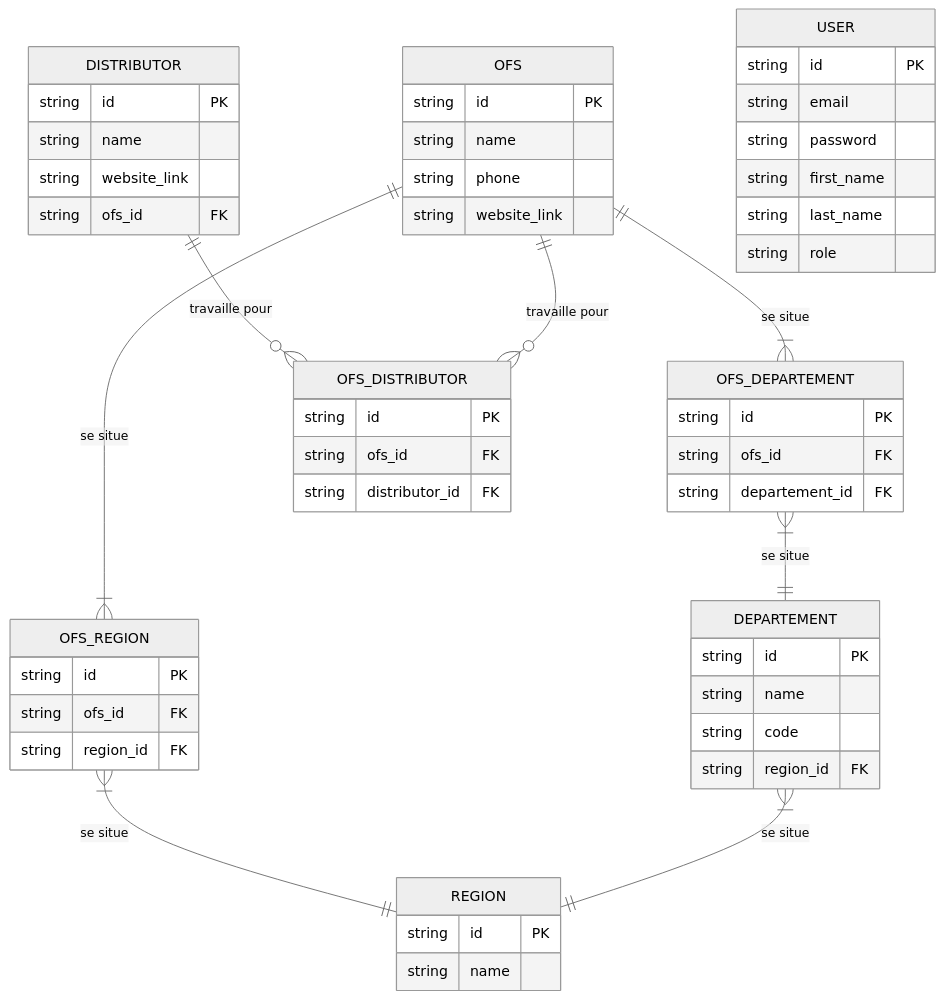
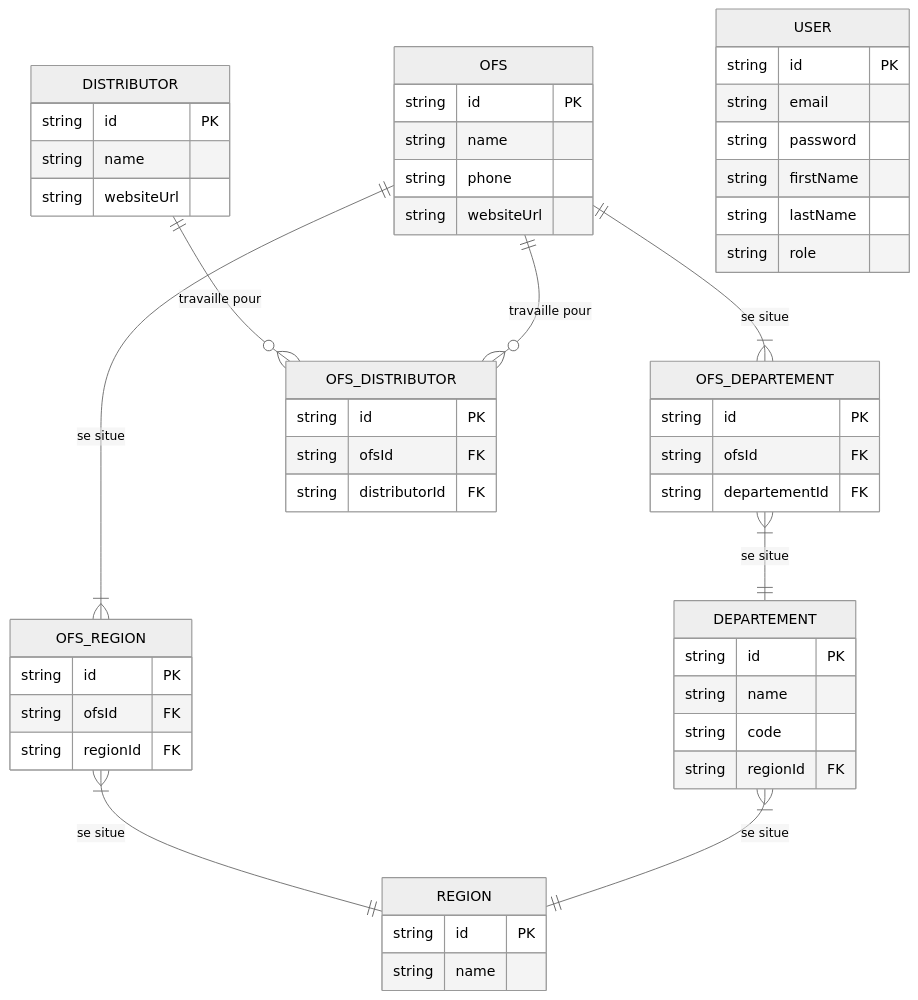
The diagram in apps/backend/doc/entities-relationships-diagram.mermaid (MTES-MCT/boris), drawn with Mermaid (neutral theme) before and after one commit. The commit also changed 5 other files, not shown here.

Commit message:
feat: create distributor and ofs_ditributor tables

```diff
--- a/apps/backend/doc/entities-relationships-diagram.mermaid
+++ b/apps/backend/doc/entities-relationships-diagram.mermaid
@@ -1,69 +1,68 @@
 erDiagram
     %% -------------------
     %% |  RELATIONSHIPS  |
     %% -------------------
 
     OFS ||--|{ OFS_REGION : "se situe"
     OFS_REGION }|--|| REGION : "se situe"
     OFS ||--|{ OFS_DEPARTEMENT : "se situe"
     OFS_DEPARTEMENT }|--|| DEPARTEMENT : "se situe"
     DEPARTEMENT }|--|| REGION : "se situe"
     DISTRIBUTOR ||--o{ OFS_DISTRIBUTOR : "travaille pour"
     OFS ||--o{ OFS_DISTRIBUTOR : "travaille pour"
 
     %% -------------------
     %% |    ENTITIES     |
     %% -------------------
 
     OFS {
         string id PK
         string name
         string phone
-        string website_link
+        string websiteUrl
     }
 
     REGION {
       string id PK
       string name
     }
 
     OFS_REGION {
       string id PK
-      string ofs_id FK
-      string region_id FK
+      string ofsId FK
+      string regionId FK
     }
 
     DEPARTEMENT {
       string id PK
       string name
       string code
-      string region_id FK
+      string regionId FK
     }
 
     OFS_DEPARTEMENT {
       string id PK
-      string ofs_id FK
-      string departement_id FK
+      string ofsId FK
+      string departementId FK
     }
 
     DISTRIBUTOR {
       string id PK
       string name
-      string website_link
-      string ofs_id FK
+      string websiteUrl
     }
 
     OFS_DISTRIBUTOR {
       string id PK
-      string ofs_id FK
-      string distributor_id FK
+      string ofsId FK
+      string distributorId FK
     }
 
     USER {
       string id PK
       string email
       string password
-      string first_name
-      string last_name
+      string firstName
+      string lastName
       string role
     }
```
